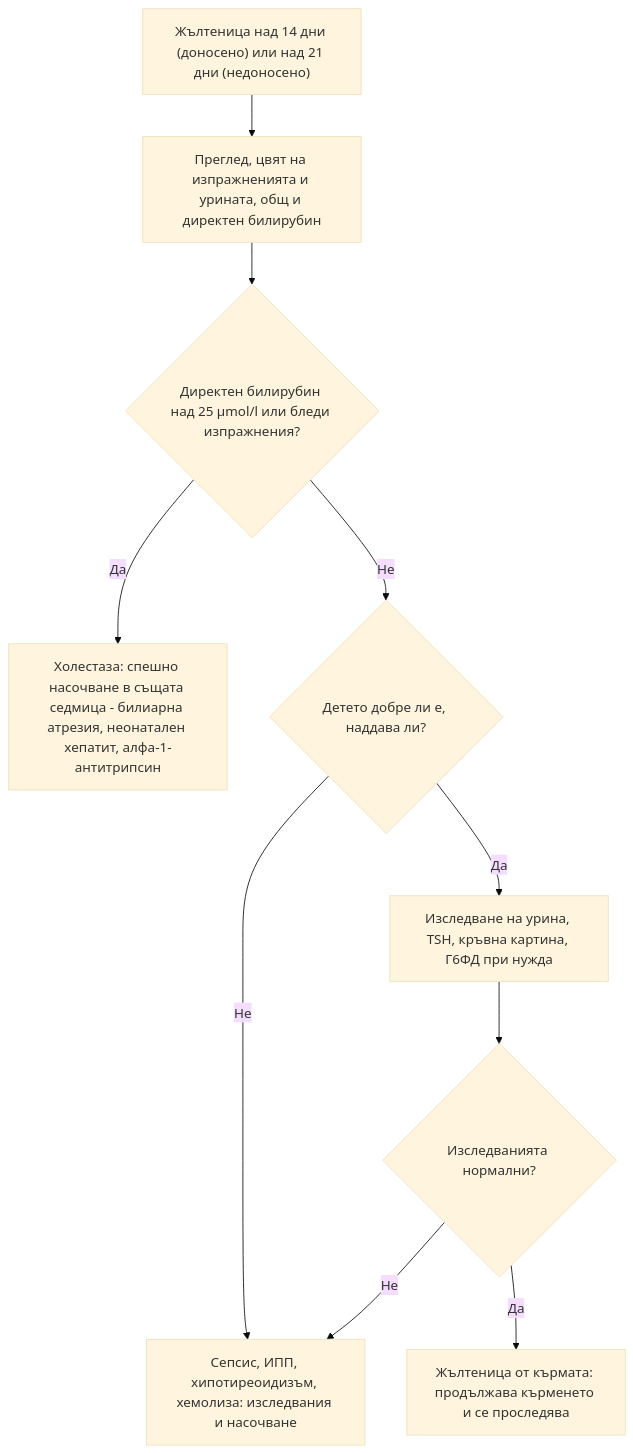
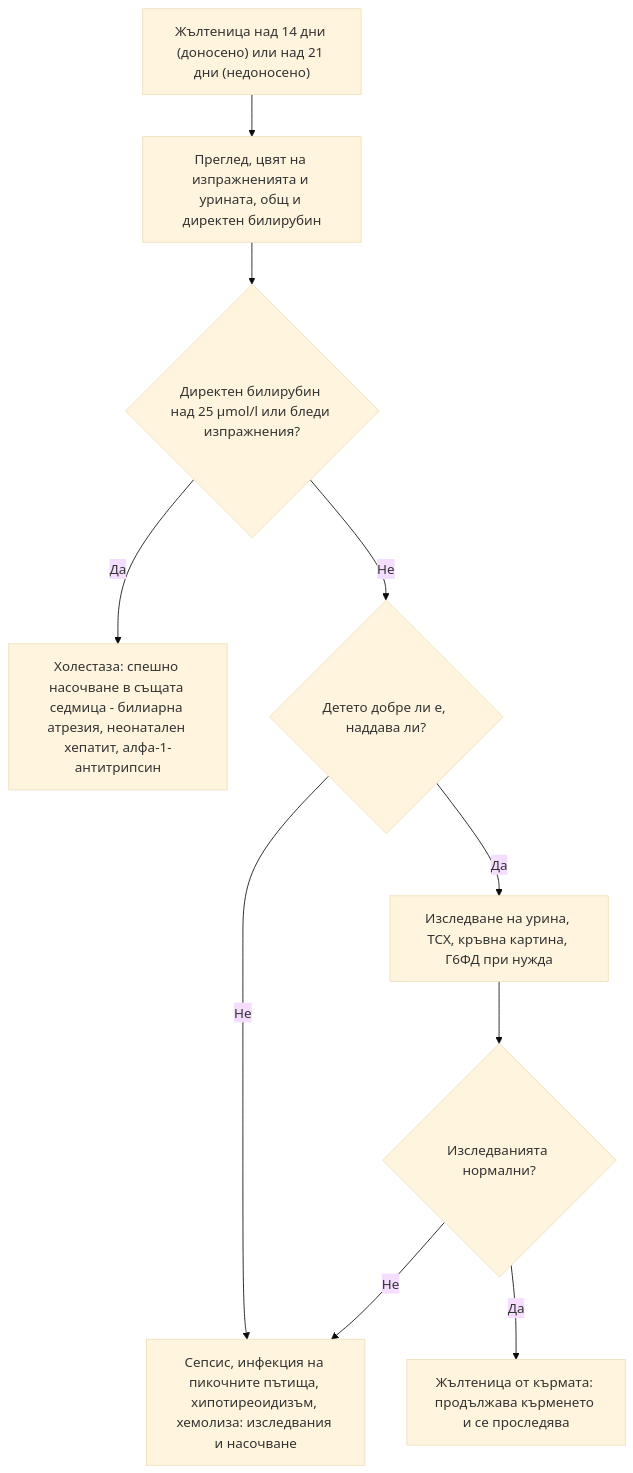
One commit to yancho26/yancho changed the diagram in glavi/73-novorodeno-karmache.md. Above: the diagram before and after it, drawn with Mermaid (base theme). The commit also changed other lines of this file and 46 other files, not shown here.

````diff
--- a/glavi/73-novorodeno-karmache.md
+++ b/glavi/73-novorodeno-karmache.md
@@ -194,12 +194,12 @@
 ```mermaid
 flowchart TD
     A["Жълтеница над 14 дни (доносено) или над 21 дни (недоносено)"] --> B["Преглед, цвят на изпражненията и урината, общ и директен билирубин"]
     B --> C{"Директен билирубин над 25 µmol/l или бледи изпражнения?"}
     C -->|Да| D["Холестаза: спешно насочване в същата седмица - билиарна атрезия, неонатален хепатит, алфа-1-антитрипсин"]
     C -->|Не| E{"Детето добре ли е, наддава ли?"}
-    E -->|Не| F["Сепсис, ИПП, хипотиреоидизъм, хемолиза: изследвания и насочване"]
-    E -->|Да| G["Изследване на урина, TSH, кръвна картина, Г6ФД при нужда"]
+    E -->|Не| F["Сепсис, инфекция на пикочните пътища, хипотиреоидизъм, хемолиза: изследвания и насочване"]
+    E -->|Да| G["Изследване на урина, ТСХ, кръвна картина, Г6ФД при нужда"]
     G --> H{"Изследванията нормални?"}
     H -->|Да| I["Жълтеница от кърмата: продължава кърменето и се проследява"]
     H -->|Не| F
 ```
````
